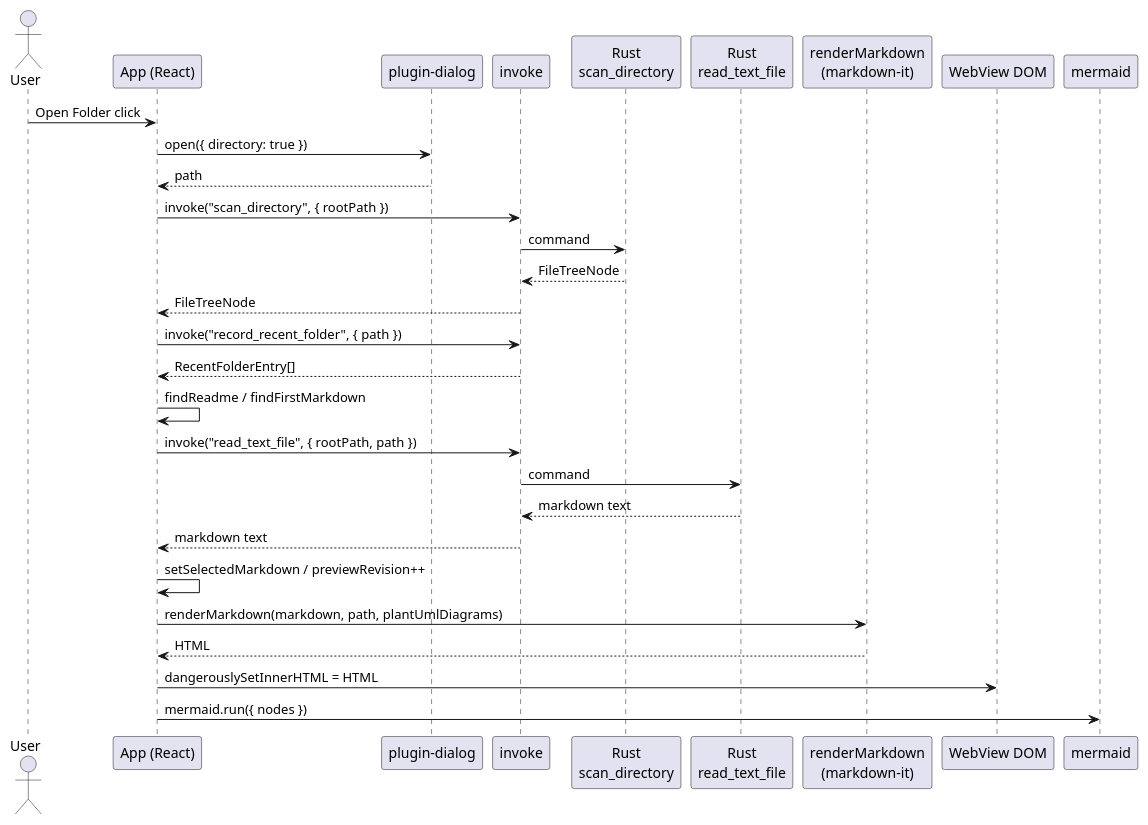
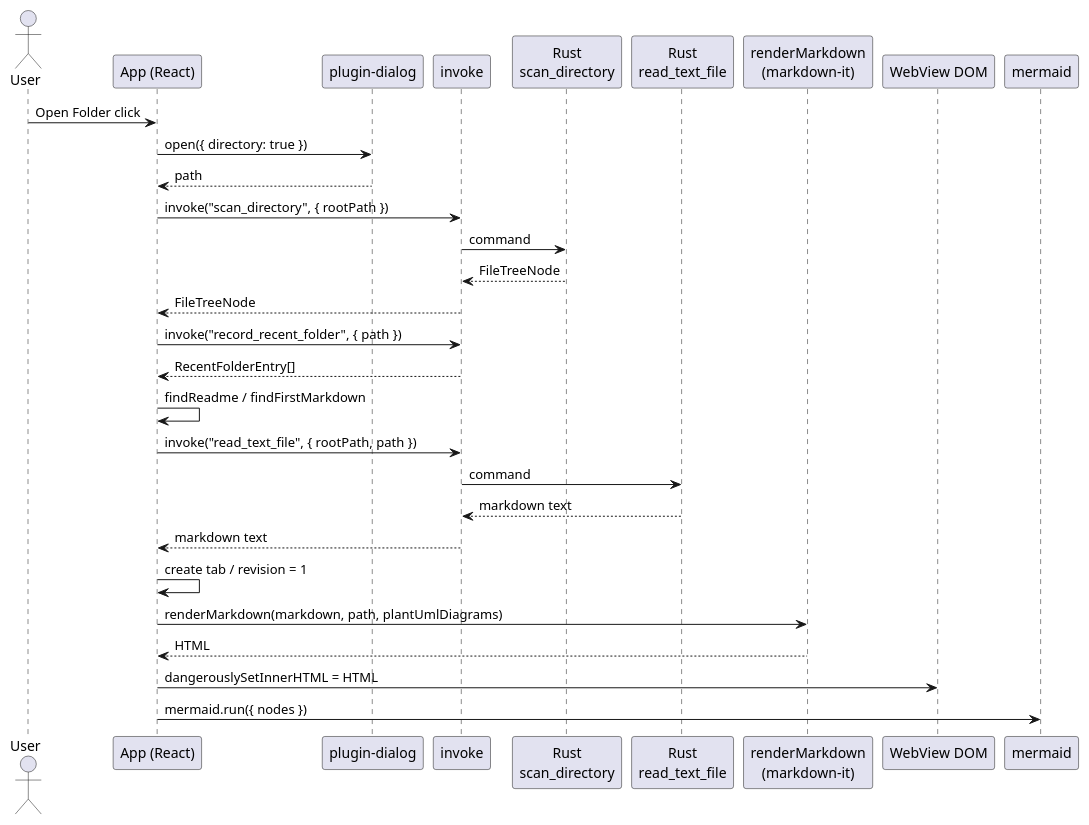
The second of 5 diagrams in docs/components/tauri_viewer/detail_design.md (an-embedded-engineer/MarkdownViewer), drawn with PlantUML before and after one commit. The commit also changed other lines of this file and 8 other files, not shown here.

````diff
--- a/docs/components/tauri_viewer/detail_design.md
+++ b/docs/components/tauri_viewer/detail_design.md
@@ -138,34 +142,34 @@
 ```plantuml
 @startuml
 skinparam shadowing false
 actor User
 participant "App (React)" as App
 participant "plugin-dialog" as Dlg
 participant "invoke" as Inv
 participant "Rust\nscan_directory" as Scan
 participant "Rust\nread_text_file" as Read
 participant "renderMarkdown\n(markdown-it)" as MD
 participant "WebView DOM" as DOM
 participant "mermaid" as Mer
 
 User -> App : Open Folder click
 App -> Dlg : open({ directory: true })
 Dlg --> App : path
 App -> Inv : invoke("scan_directory", { rootPath })
 Inv -> Scan : command
 Scan --> Inv : FileTreeNode
 Inv --> App : FileTreeNode
 App -> Inv : invoke("record_recent_folder", { path })
 Inv --> App : RecentFolderEntry[]
 App -> App : findReadme / findFirstMarkdown
 App -> Inv : invoke("read_text_file", { rootPath, path })
 Inv -> Read : command
 Read --> Inv : markdown text
 Inv --> App : markdown text
-App -> App : setSelectedMarkdown / previewRevision++
+App -> App : create tab / revision = 1
 App -> MD : renderMarkdown(markdown, path, plantUmlDiagrams)
 MD --> App : HTML
 App -> DOM : dangerouslySetInnerHTML = HTML
 App -> Mer : mermaid.run({ nodes })
 @enduml
 ```
````
